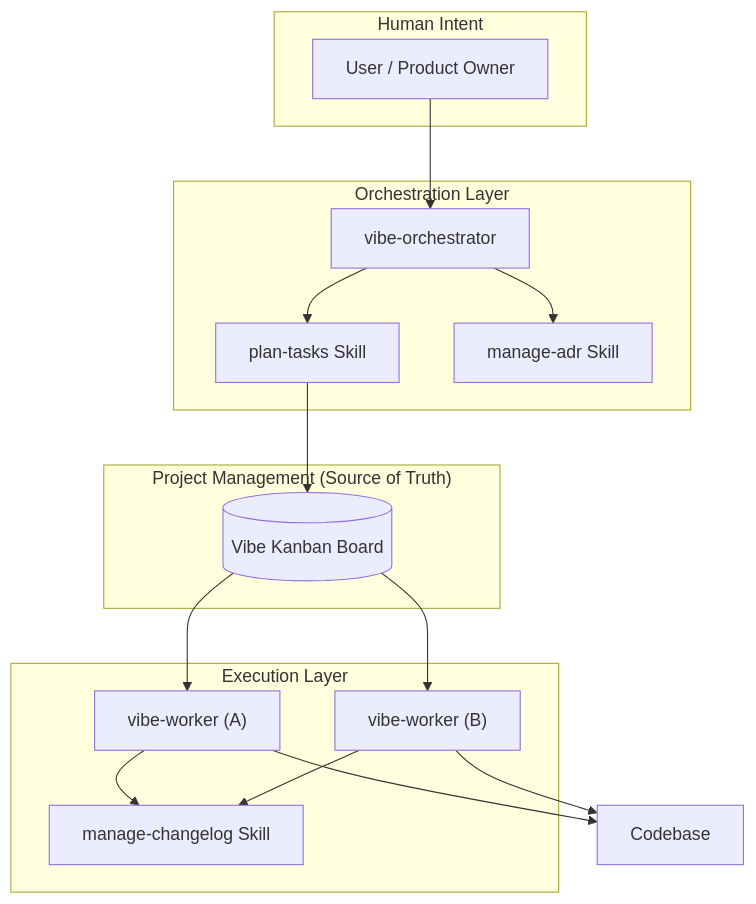
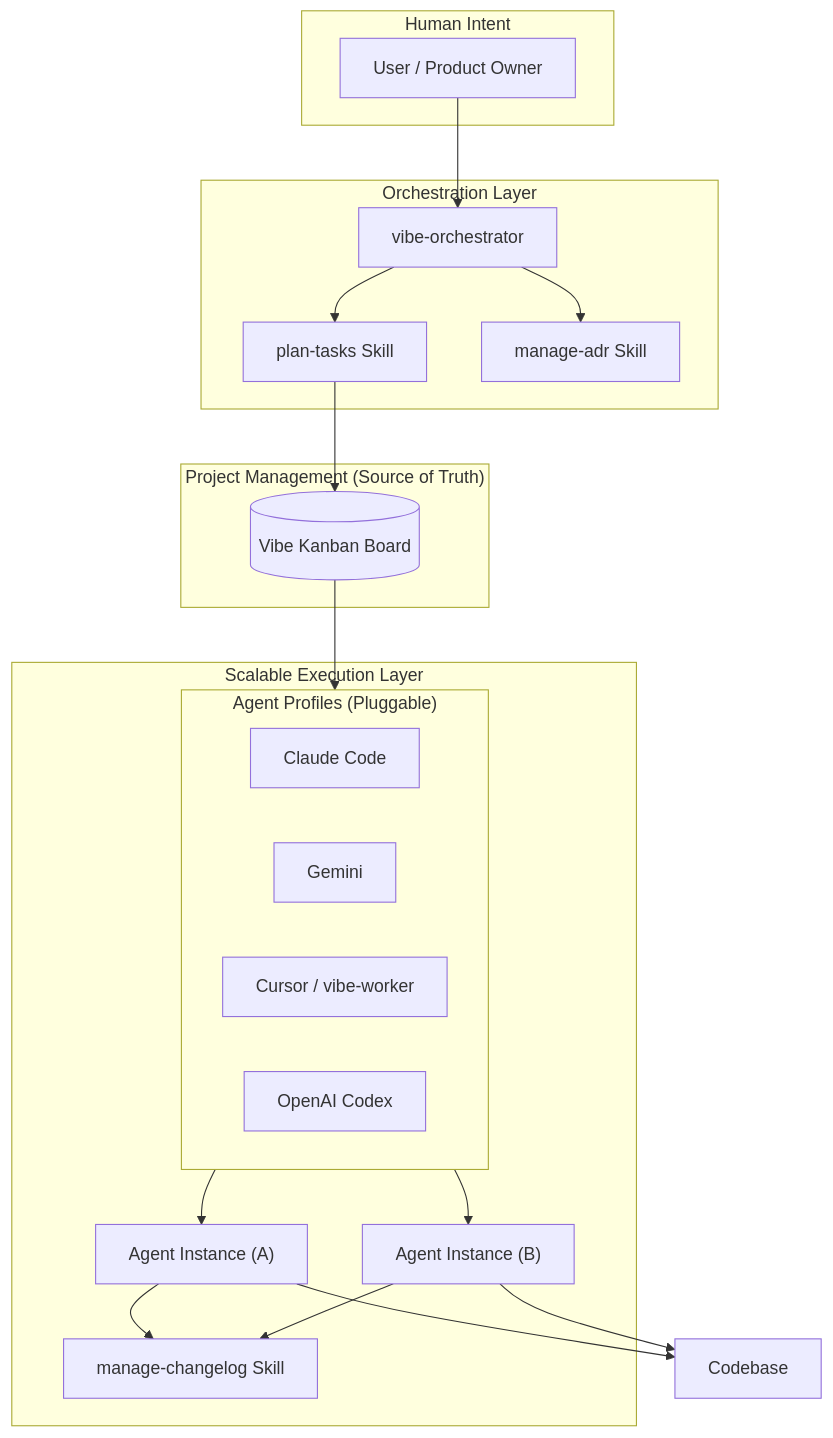
Before and after one commit to yu-iskw/vibe-team-coding-demo: the diagram in docs/articles/assets/architecture.md, drawn with Mermaid. The commit also changed 3 other files, not shown here.

````diff
--- a/docs/articles/assets/architecture.md
+++ b/docs/articles/assets/architecture.md
@@ -1,33 +1,40 @@
 ```mermaid
 graph TB
     subgraph humanIntent ["Human Intent"]
         User["User / Product Owner"]
     end
 
     subgraph orchestrationLayer ["Orchestration Layer"]
         Orchestrator["vibe-orchestrator"]
         PlanSkill["plan-tasks Skill"]
         ADRSkill["manage-adr Skill"]
     end
 
     subgraph projectManagement ["Project Management (Source of Truth)"]
         Board[("Vibe Kanban Board")]
     end
 
-    subgraph executionLayer ["Execution Layer"]
-        Worker1["vibe-worker (A)"]
-        Worker2["vibe-worker (B)"]
+    subgraph executionLayer ["Scalable Execution Layer"]
+        subgraph agentProfiles ["Agent Profiles (Pluggable)"]
+            Claude["Claude Code"]
+            Gemini["Gemini"]
+            Cursor["Cursor / vibe-worker"]
+            Codex["OpenAI Codex"]
+        end
+        Worker1["Agent Instance (A)"]
+        Worker2["Agent Instance (B)"]
         LogSkill["manage-changelog Skill"]
     end
 
     User --> Orchestrator
     Orchestrator --> PlanSkill
     Orchestrator --> ADRSkill
     PlanSkill --> Board
-    Board --> Worker1
-    Board --> Worker2
+    Board --> agentProfiles
+    agentProfiles --> Worker1
+    agentProfiles --> Worker2
     Worker1 --> Code["Codebase"]
     Worker2 --> Code
     Worker1 --> LogSkill
     Worker2 --> LogSkill
 ```
````
